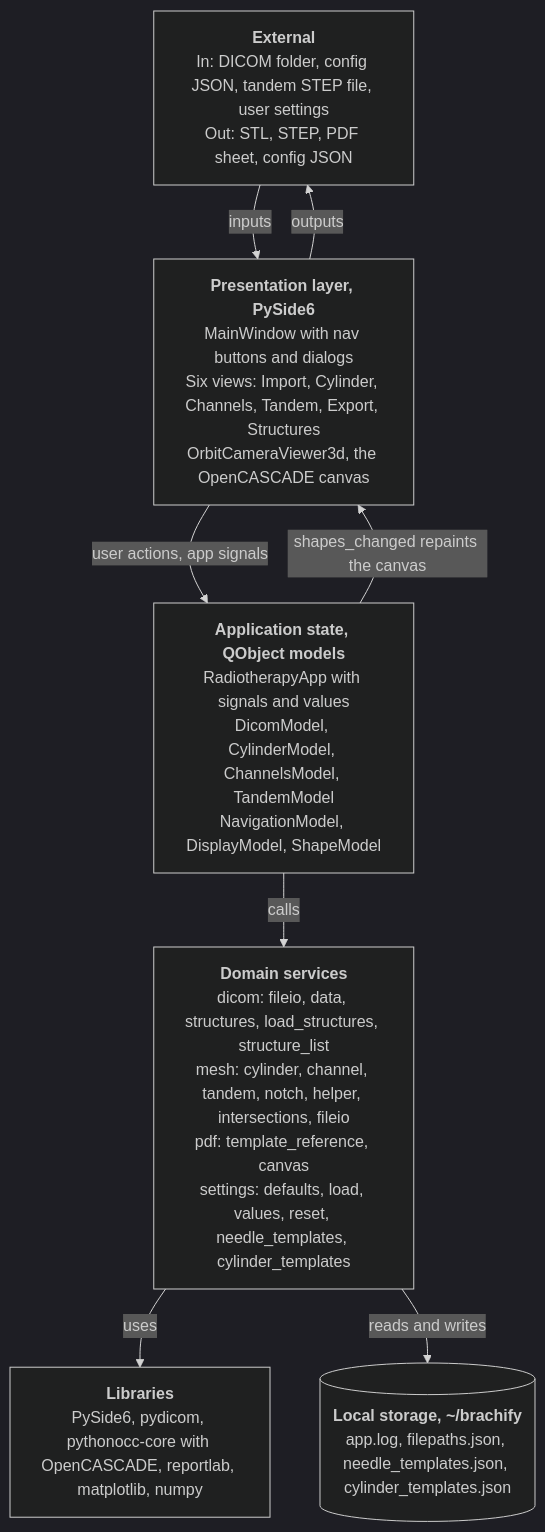
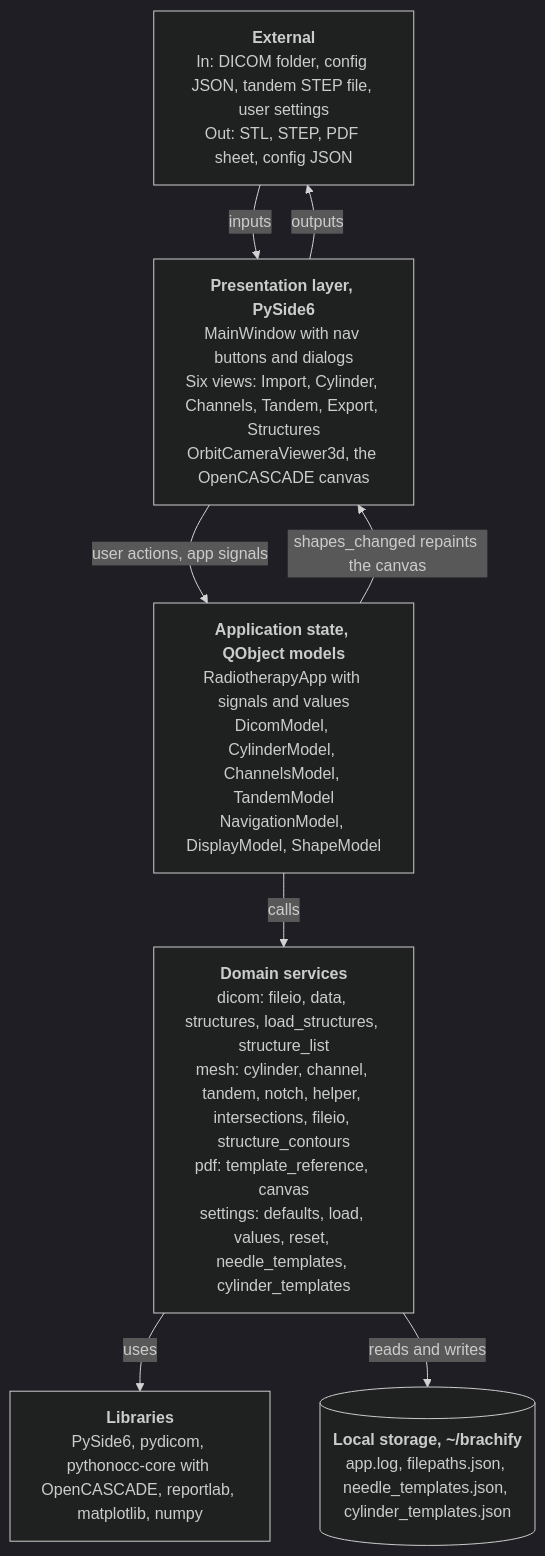
Before and after one commit to COSC-499-W2026/capstone-project-team-10: the diagram in docs/architecture/diagrams/system-architecture.mmd, drawn with Mermaid (dark theme). The commit also changed 2 other files, not shown here.

Commit message:
docs: name registered contours in the architecture

```diff
--- a/docs/architecture/diagrams/system-architecture.mmd
+++ b/docs/architecture/diagrams/system-architecture.mmd
@@ -1,17 +1,17 @@
 %% title: System architecture
 %% alt: System architecture of brachify, a layered desktop application with a presentation layer, application state, domain services, third party libraries and local storage
 flowchart TB
   ext["<b>External</b><br/>In: DICOM folder, config JSON, tandem STEP file, user settings<br/>Out: STL, STEP, PDF sheet, config JSON"]
   pres["<b>Presentation layer, PySide6</b><br/>MainWindow with nav buttons and dialogs<br/>Six views: Import, Cylinder, Channels, Tandem, Export, Structures<br/>OrbitCameraViewer3d, the OpenCASCADE canvas"]
   state["<b>Application state, QObject models</b><br/>RadiotherapyApp with signals and values<br/>DicomModel, CylinderModel, ChannelsModel, TandemModel<br/>NavigationModel, DisplayModel, ShapeModel"]
-  domain["<b>Domain services</b><br/>dicom: fileio, data, structures, load_structures, structure_list<br/>mesh: cylinder, channel, tandem, notch, helper, intersections, fileio<br/>pdf: template_reference, canvas<br/>settings: defaults, load, values, reset, needle_templates, cylinder_templates"]
+  domain["<b>Domain services</b><br/>dicom: fileio, data, structures, load_structures, structure_list<br/>mesh: cylinder, channel, tandem, notch, helper, intersections, fileio, structure_contours<br/>pdf: template_reference, canvas<br/>settings: defaults, load, values, reset, needle_templates, cylinder_templates"]
   lib["<b>Libraries</b><br/>PySide6, pydicom, pythonocc-core with OpenCASCADE, reportlab, matplotlib, numpy"]
   disk[("<b>Local storage, ~/brachify</b><br/>app.log, filepaths.json, needle_templates.json, cylinder_templates.json")]
 
   ext -->|"inputs"| pres
   pres -->|"outputs"| ext
   pres -->|"user actions, app signals"| state
   state -->|"shapes_changed repaints the canvas"| pres
   state -->|"calls"| domain
   domain -->|"uses"| lib
   domain -->|"reads and writes"| disk
```
